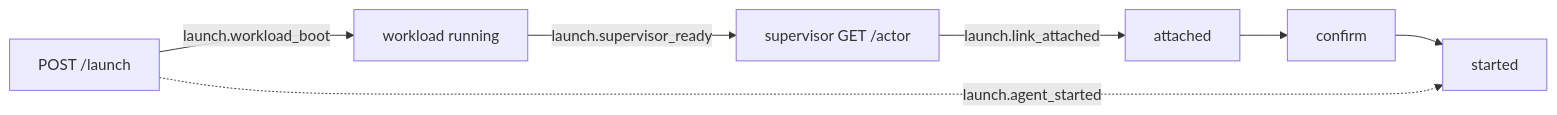
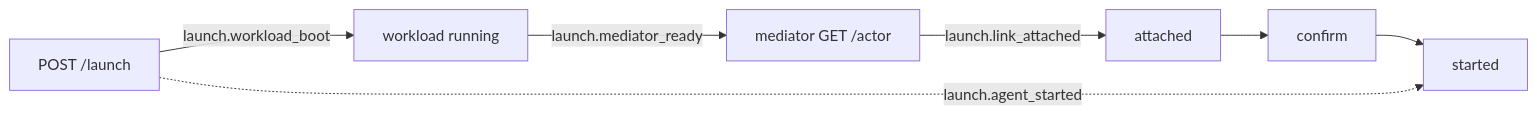
Before and after one commit to tbhb-dev/avirt: the diagram in docs/performance.md, drawn with Mermaid. The commit also changed other lines of this file and 94 other files, not shown here.

````diff
--- a/docs/performance.md
+++ b/docs/performance.md
@@ -38,9 +38,9 @@
 ```mermaid
 flowchart LR
     a["POST /launch"] -->|launch.workload_boot| b["workload running"]
-    b -->|launch.supervisor_ready| c["supervisor GET /actor"]
+    b -->|launch.mediator_ready| c["mediator GET /actor"]
     c -->|launch.link_attached| d["attached"]
     d --> e["confirm"]
     e --> f["started"]
     a -.->|launch.agent_started| f
 ```
````
